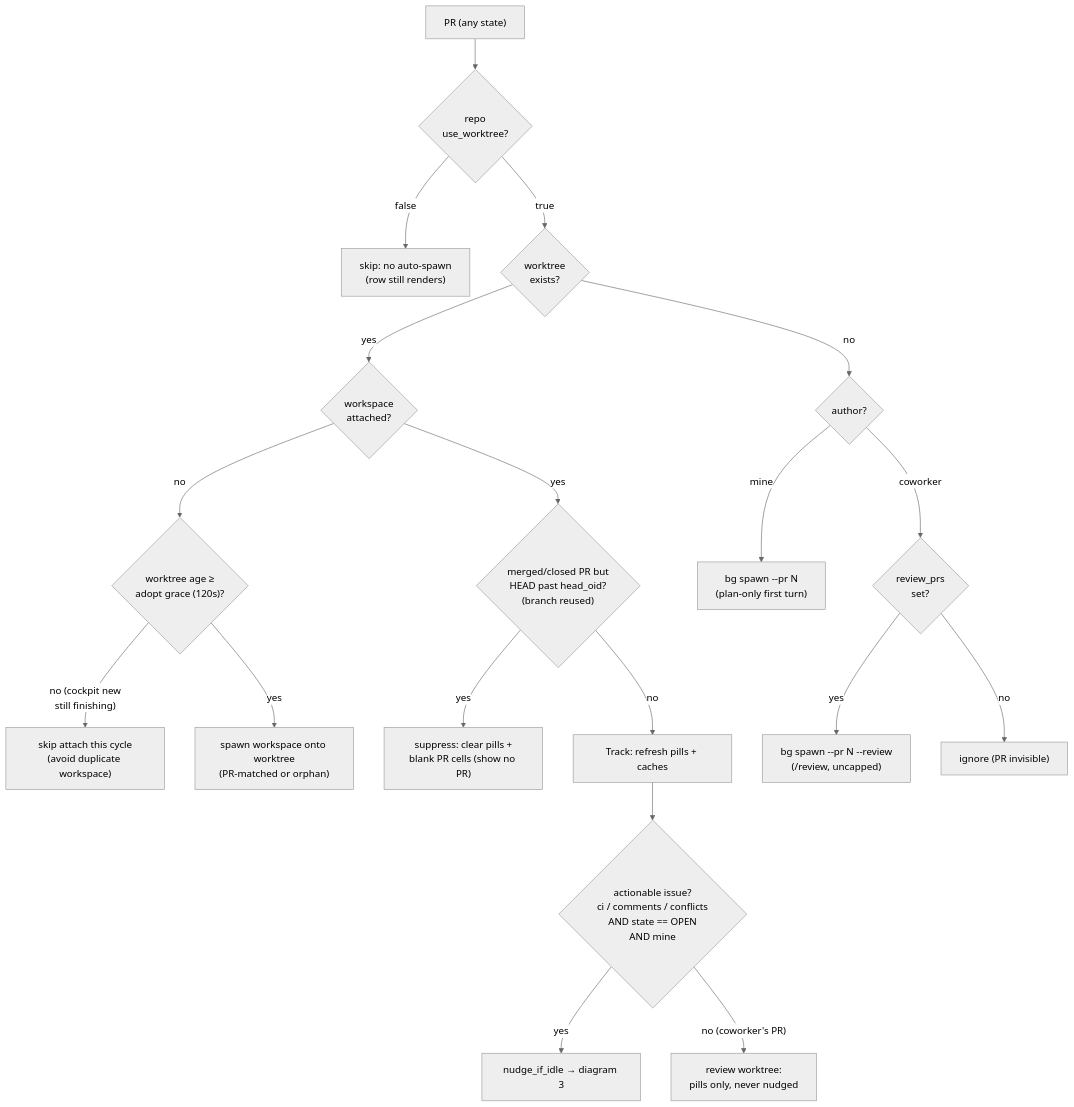
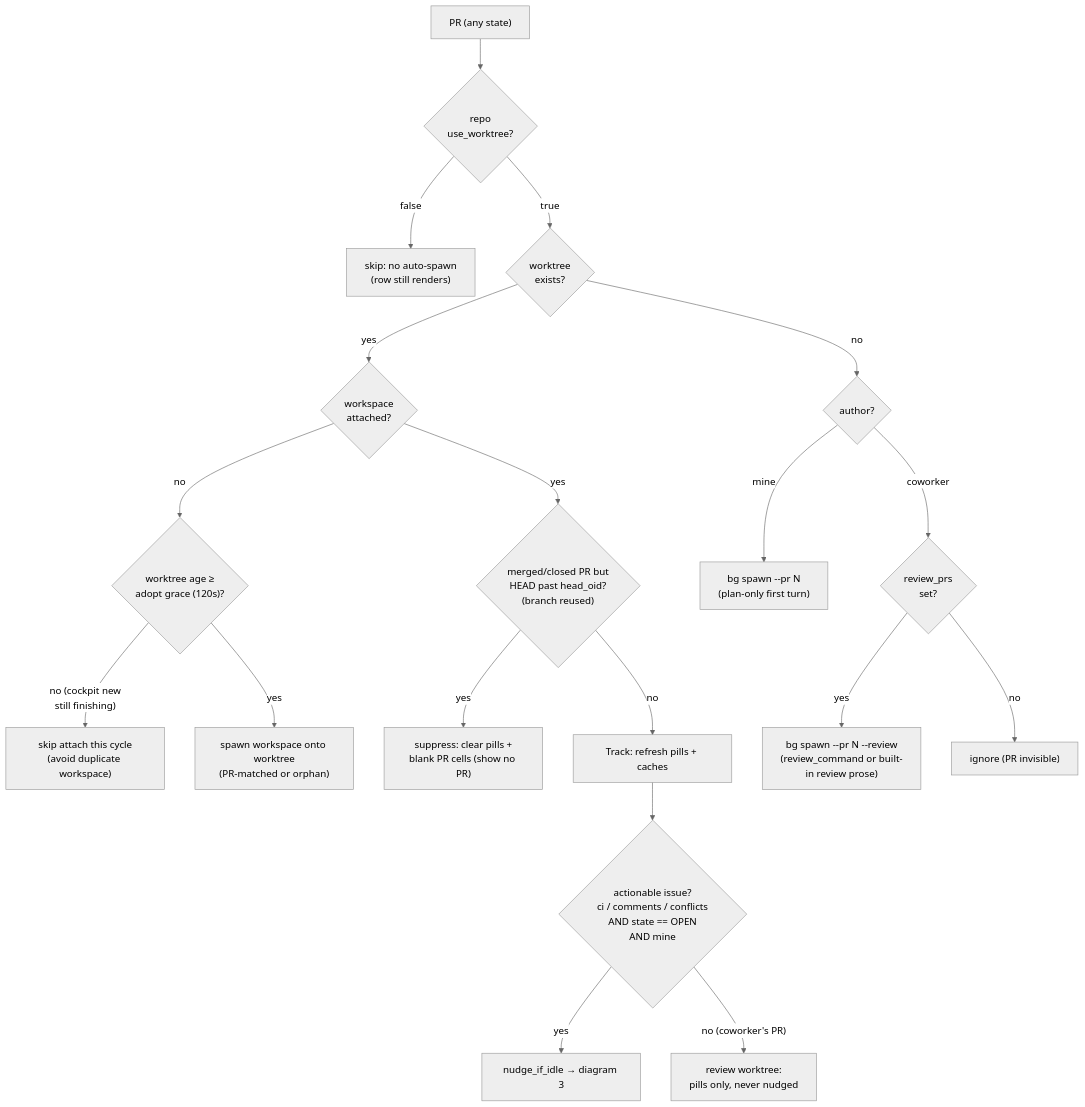
The second of 5 diagrams in docs/state-machine.md (khivi/cockpit), drawn with Mermaid (neutral theme) before and after one commit. The commit also changed other lines of this file and 2 other files, not shown here.

````diff
--- a/docs/state-machine.md
+++ b/docs/state-machine.md
@@ -146,24 +154,24 @@
 ```mermaid
 flowchart TD
   P["PR (any state)"] --> IP{"repo<br/>use_worktree?"}
   IP -->|"false"| SKIP["skip: no auto-spawn<br/>(row still renders)"]
   IP -->|"true"| WT{"worktree<br/>exists?"}
 
   WT -->|yes| WS{"workspace<br/>attached?"}
   WS -->|no| AGE{"worktree age ≥<br/>adopt grace (120s)?"}
   AGE -->|"no (cockpit new<br/>still finishing)"| WAIT["skip attach this cycle<br/>(avoid duplicate workspace)"]
   AGE -->|yes| ATT["spawn workspace onto worktree<br/>(PR-matched or orphan)"]
 
   WS -->|yes| REUSE{"merged/closed PR but<br/>HEAD past head_oid?<br/>(branch reused)"}
   REUSE -->|yes| SUP["suppress: clear pills +<br/>blank PR cells (show no PR)"]
   REUSE -->|no| TRACK["Track: refresh pills + caches"]
   TRACK --> ACT{"actionable issue?<br/>ci / comments / conflicts<br/>AND state == OPEN<br/>AND mine"}
   ACT -->|yes| NUDGE["nudge_if_idle → diagram 3"]
   ACT -->|"no (coworker's PR)"| RONLY["review worktree:<br/>pills only, never nudged"]
 
   WT -->|no| WHO{"author?"}
   WHO -->|mine| SP["bg spawn --pr N<br/>(plan-only first turn)"]
   WHO -->|coworker| RV{"review_prs<br/>set?"}
-  RV -->|yes| SPR["bg spawn --pr N --review<br/>(/review, uncapped)"]
+  RV -->|yes| SPR["bg spawn --pr N --review<br/>(review_command or built-in review prose)"]
   RV -->|no| IG["ignore (PR invisible)"]
 ```
````
